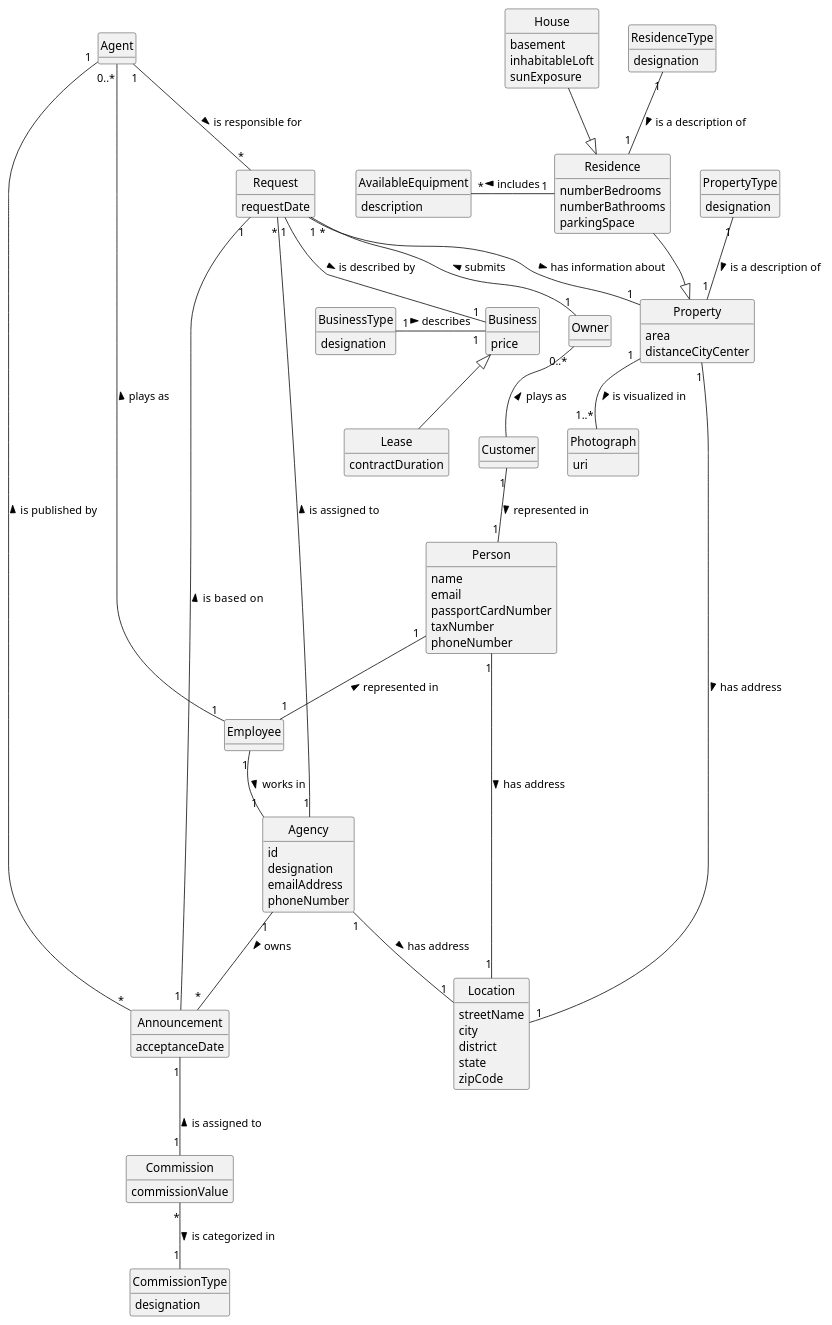
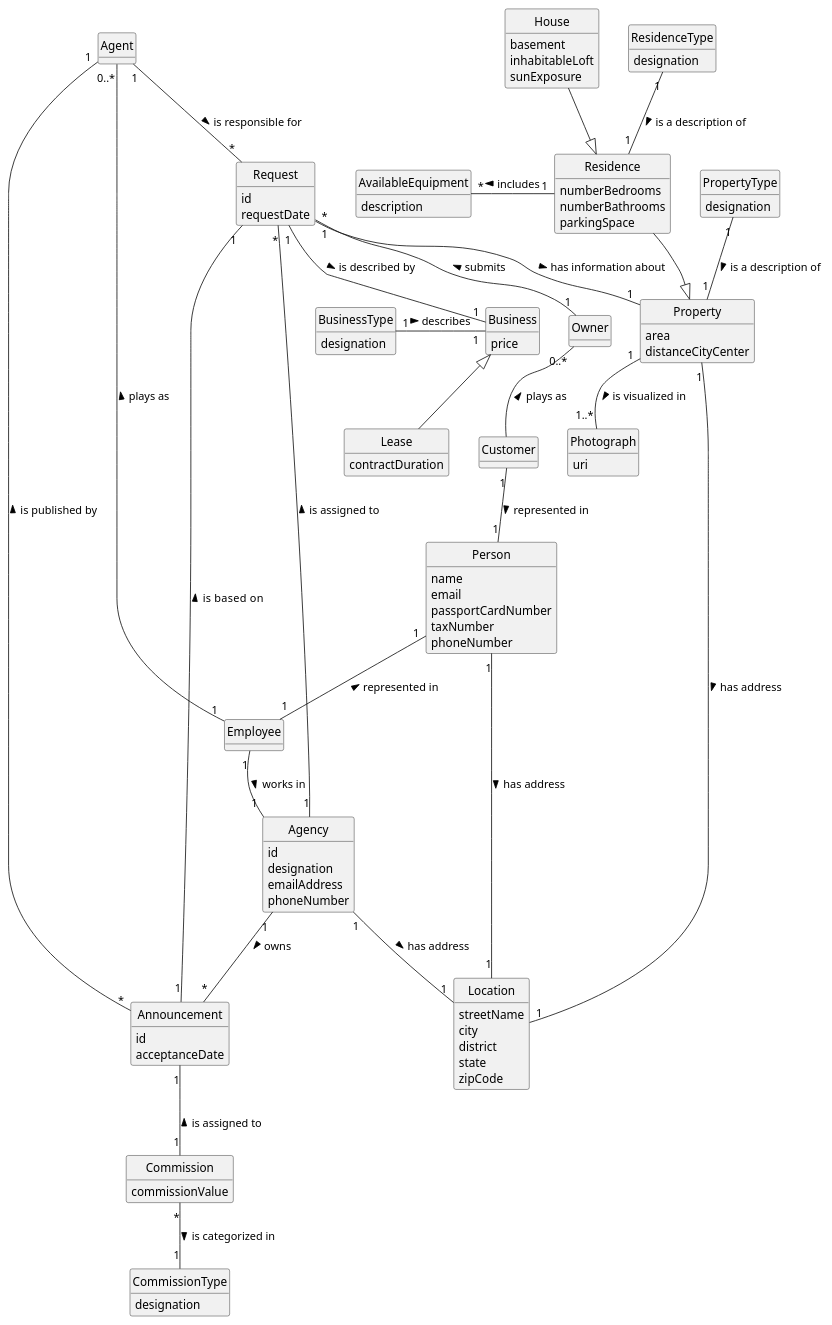
One commit to rita-barbosa/LAPR2-2223 changed the diagram in docs/sprintC/us012/02.analysis/puml/us012-domain-model.puml. Above: the diagram before and after it, drawn with PlantUML. The commit also changed 1 other file, not shown here.

```diff
--- a/docs/sprintC/us012/02.analysis/puml/us012-domain-model.puml
+++ b/docs/sprintC/us012/02.analysis/puml/us012-domain-model.puml
@@ -1,136 +1,138 @@
 @startuml
 skinparam monochrome true
 skinparam packageStyle rectangle
 skinparam shadowing false
 skinparam classAttributeIconSize 0
 hide circle
 hide methods
 
 
 
 class Agency {
 id
 designation
 emailAddress
 phoneNumber
 }
 
 class Employee {
 }
 
 class Person{
 name
 email
 passportCardNumber
 taxNumber
 phoneNumber
 }
 
 class Owner{
 }
 
 class Agent{
 }
 
 
 
 class Announcement{
+id
 acceptanceDate
 }
 
 
 class Property{
  area
  distanceCityCenter
 }
 
 class Residence{
  numberBedrooms
  numberBathrooms
  parkingSpace
 }
 
 class AvailableEquipment{
 description
 }
 
 class House{
  basement
  inhabitableLoft
  sunExposure
 }
 
 class PropertyType{
 designation
 }
 
 class ResidenceType{
 designation
 }
 
 class Photograph{
 uri
 }
 
 class Location{
 streetName
 city
 district
 state
 zipCode
 }
 
 class Business{
 price
 }
 
 class BusinessType{
 designation
 }
 
 class Lease{
 contractDuration
 }
 
 class Commission {
 commissionValue
 }
 
 class CommissionType {
 designation
 }
 
 class Request{
+id
 requestDate
 }
 
 
 Person "1" -- "1" Employee: represented in <
 Agent "0..*" -- "1" Employee: plays as <
 Agent "1" - "*" Announcement: is published by <
 Customer "1"  -- "1" Person: represented in >
 Owner "0..*" -- Customer: plays as <
 Request "*" -- "1" Owner: submits <
 Residence  --|>  Property
 House --|> Residence
 Employee "1" -- "1" Agency: works in  >
 PropertyType "1" -- "1" Property: is a description of >
 ResidenceType "1" -- "1" Residence: is a description of >
 Property "1" -- "1..*" Photograph: is visualized in >
 Property "1"--"1" Location: has address >
 Person "1" -- "1" Location: has address >
 Agency "1" -- "1" Location: has address >
 Residence "1" -left "*"AvailableEquipment: includes >
 Announcement "1" -- "1" Commission: is assigned to <
 Agency "1" -- "*" Announcement: owns >
 Property "1" -up- "1" Request : < has information about
 Request "1" -- "1" Business: is described by >
 Business <|-- Lease
 BusinessType "1" - "1" Business : describes >
 Announcement "1" - "1" Request : is  based on >
 Commission "*" -down- "1" CommissionType : is categorized in >
 Agency "1" - "*" Request : is assigned to >
 Agent "1" -- "*" Request : is responsible for >
 
 
 @enduml
```
